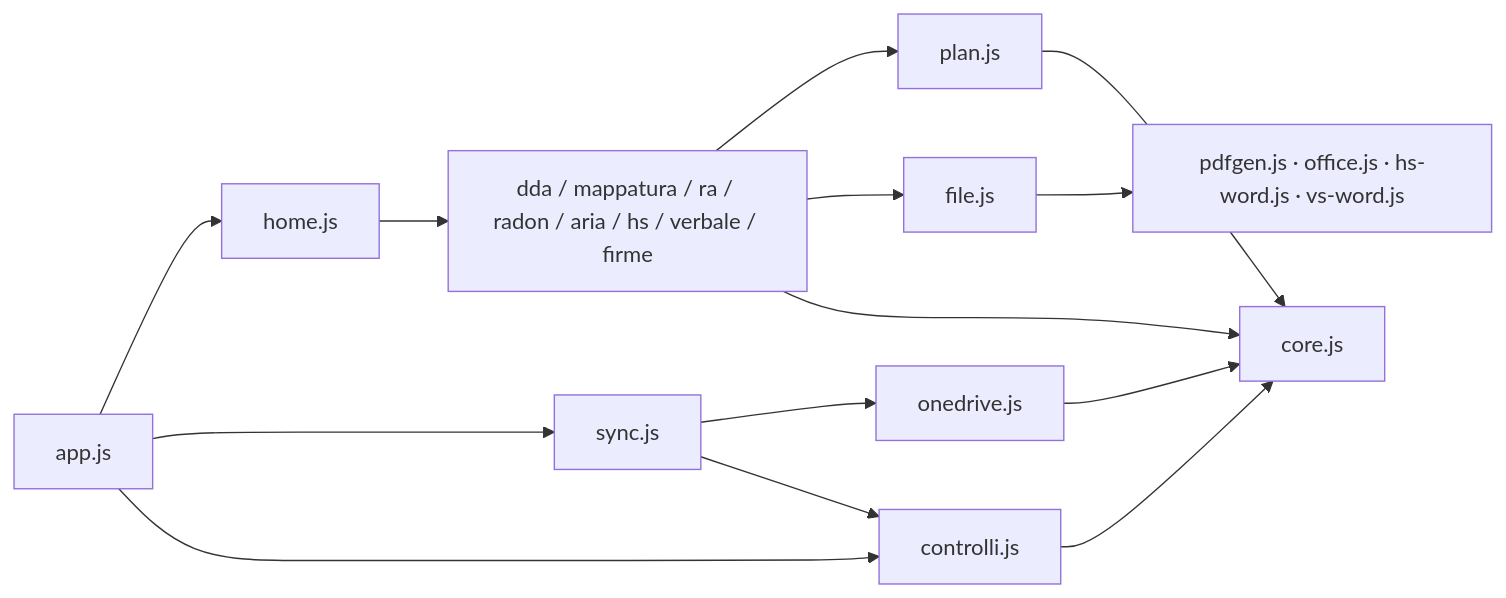
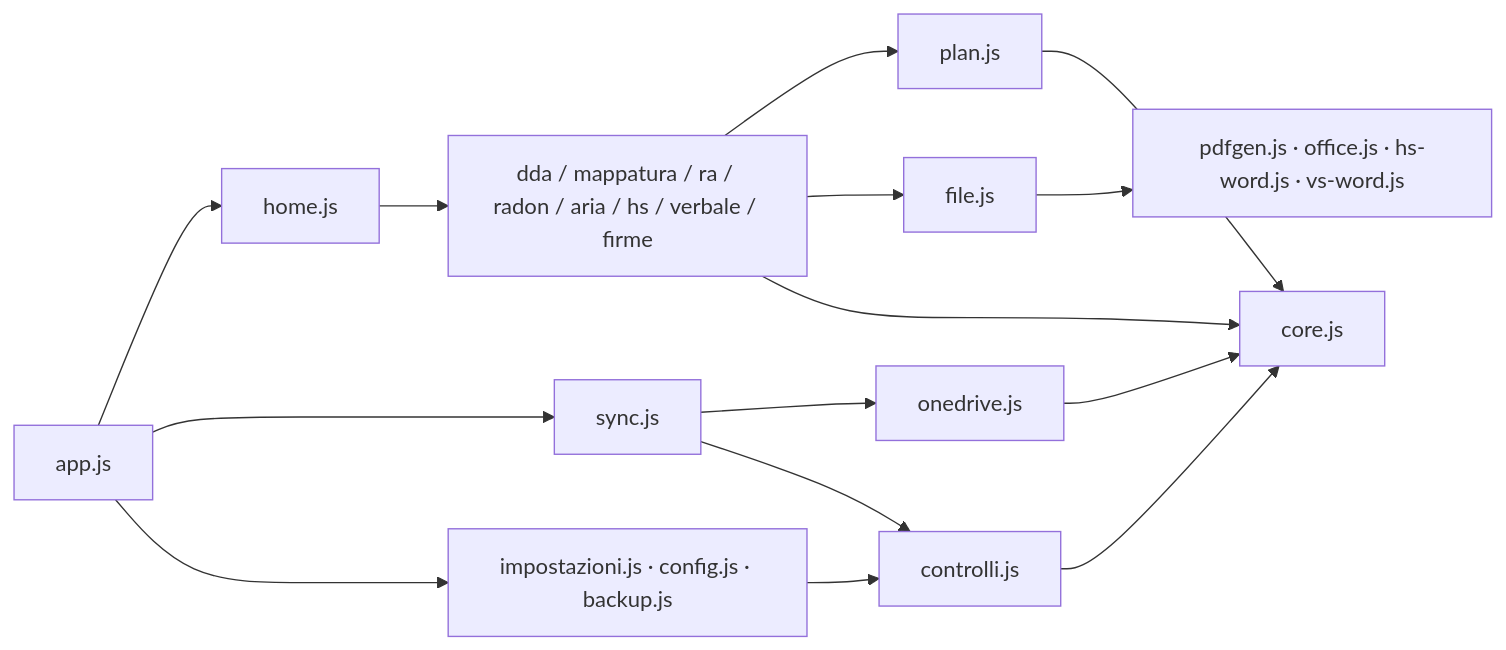
The third of 4 diagrams in docs/ARCHITECTURE.md (Waro/AppAmbiente), drawn with Mermaid before and after one commit. The commit also changed other lines of this file and 15 other files, not shown here.

````diff
--- a/docs/ARCHITECTURE.md
+++ b/docs/ARCHITECTURE.md
@@ -99,14 +100,14 @@
 ```mermaid
 flowchart LR
   app[app.js] --> home[home.js]
   app --> sync[sync.js] --> od[onedrive.js]
-  app --> ctl[controlli.js]
+  app --> imp["impostazioni.js · config.js · backup.js"] --> ctl[controlli.js]
   home --> forms["dda / mappatura / ra / radon / aria / hs / verbale / firme"]
   forms --> plan[plan.js]
   forms --> file[file.js] --> docs["pdfgen.js · office.js · hs-word.js · vs-word.js"]
   forms --> core[core.js]
   sync --> ctl
   od --> core
   ctl --> core
   plan --> core
 ```
````
